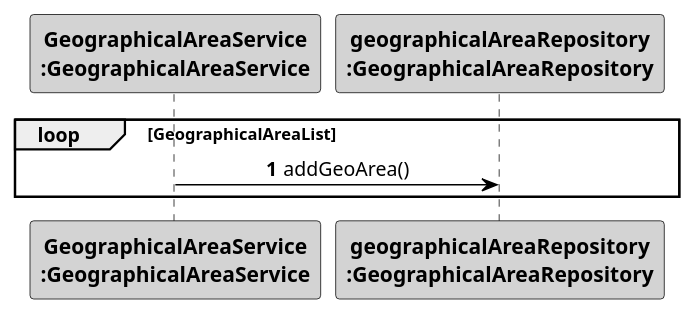
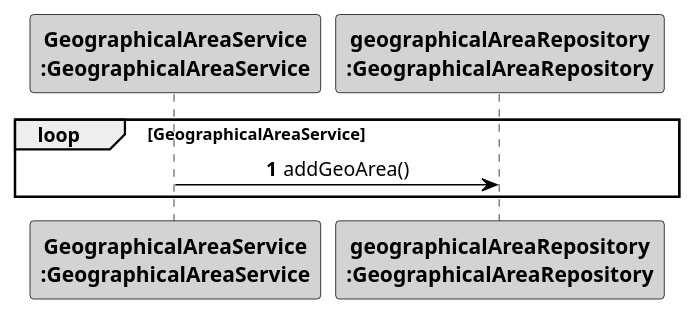
Before and after one commit to 1181687/hateoasToy: the diagram in src/main/java/pt/ipp/isep/dei/project/controllers/persistgeoareasensorandreadings/SD_PersistGeoAreaSensorAndReadingsUpdateMethod.puml, drawn with PlantUML. The commit also changed 3 other files, not shown here.

```diff
--- a/src/main/java/pt/ipp/isep/dei/project/controllers/persistgeoareasensorandreadings/SD_PersistGeoAreaSensorAndReadingsUpdateMethod.puml
+++ b/src/main/java/pt/ipp/isep/dei/project/controllers/persistgeoareasensorandreadings/SD_PersistGeoAreaSensorAndReadingsUpdateMethod.puml
@@ -1,25 +1,25 @@
 @startuml
 skinparam sequenceMessageAlign center
 skinparam sequence {
     ArrowColor Black
     ActorBorderColor DarkBlue
     LifeLineBorderColor black
     LifeLineBackgroundColor LightGrey
 
     ParticipantBorderColor Black
     ParticipantBackgroundColor LightGrey
     ParticipantFontStyle Bold
 
     ActorBackgroundColor DimGrey
     ActorFontColor DeepSkyBlue
     ActorFontStyle Bold
     ActorFontSize 17
     ActorFontName Aapex
 }
-loop GeographicalAreaList
+loop GeographicalAreaService
 autonumber
 
 "GeographicalAreaService\n:GeographicalAreaService" -> "geographicalAreaRepository\n:GeographicalAreaRepository" : addGeoArea()
 
 end
 @enduml
```
